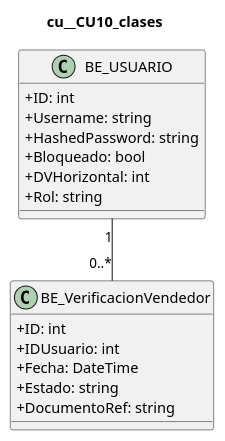
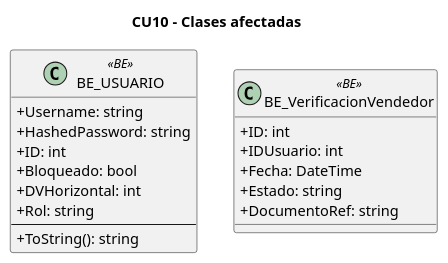
One commit to L-Muniz/uai-diploma_2026 changed the diagram in docs/diagramas/uml/cu__CU10_clases.puml. Above: the diagram before and after it, drawn with PlantUML. The commit also changed 58 other files, not shown here.

Commit message:
Docs: diagramas de clases con la notación de la tercera entrega (paquetes, estereotipos, firmas, asociaciones)

```diff
--- a/docs/diagramas/uml/cu__CU10_clases.puml
+++ b/docs/diagramas/uml/cu__CU10_clases.puml
@@ -1,20 +1,21 @@
 @startuml
 skinparam classAttributeIconSize 0
-title cu__CU10_clases
-class "BE_USUARIO" as USUARIO {
-  +ID: int
+title CU10 - Clases afectadas
+class "BE_USUARIO" as BE_USUARIO <<BE>> {
   +Username: string
   +HashedPassword: string
+  +ID: int
   +Bloqueado: bool
   +DVHorizontal: int
   +Rol: string
+  --
+  +ToString(): string
 }
-class "BE_VerificacionVendedor" as VERIFICACION {
+class "BE_VerificacionVendedor" as BE_VerificacionVendedor <<BE>> {
   +ID: int
   +IDUsuario: int
   +Fecha: DateTime
   +Estado: string
   +DocumentoRef: string
 }
-USUARIO "1" -- "0..*" VERIFICACION
 @enduml
```
